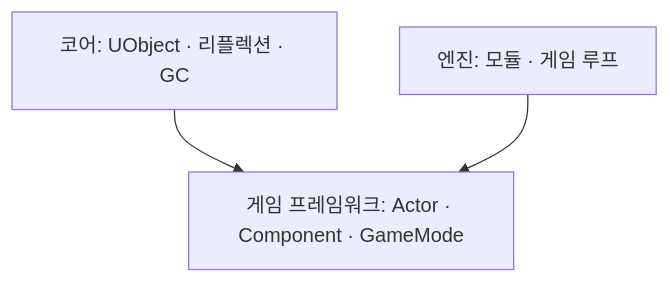
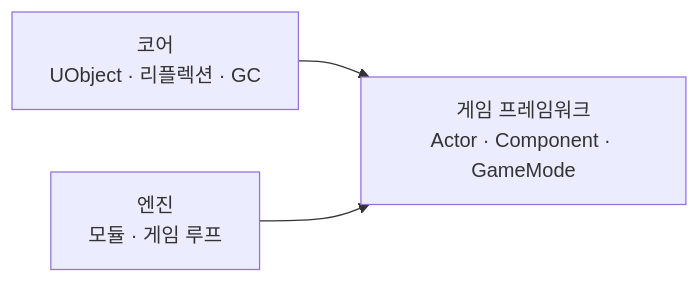
One commit to Seokwon-Park/UnrealStudy changed the diagram in docs/index.md. Above: the diagram before and after it, drawn with Mermaid. The commit also changed other lines of this file and 3 other files, not shown here.

````diff
--- a/docs/index.md
+++ b/docs/index.md
@@ -7,5 +63,5 @@
 ```mermaid
-flowchart TD
-  Core[코어: UObject · 리플렉션 · GC] --> GF[게임 프레임워크: Actor · Component · GameMode]
-  Engine[엔진: 모듈 · 게임 루프] --> GF
+flowchart LR
+  Core["코어<br/>UObject · 리플렉션 · GC"] --> GF["게임 프레임워크<br/>Actor · Component · GameMode"]
+  Engine["엔진<br/>모듈 · 게임 루프"] --> GF
 ```
````
